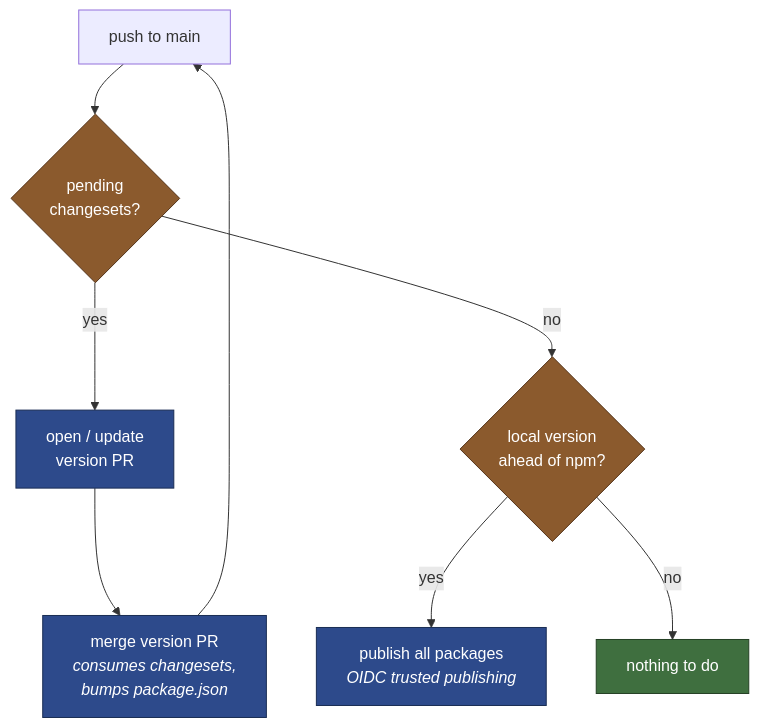
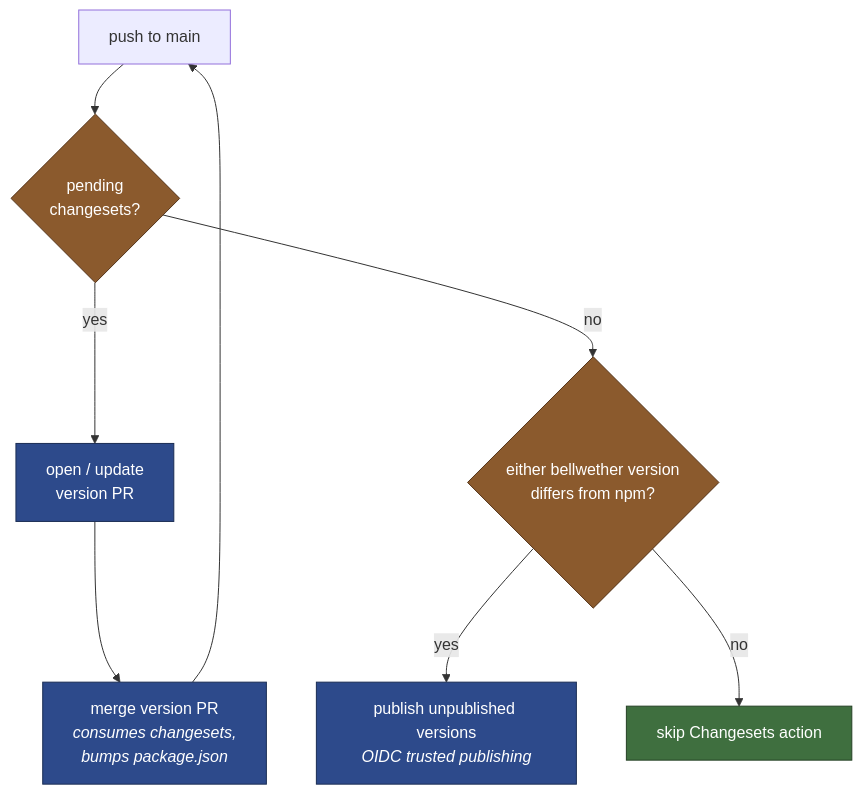
The third of 4 diagrams in docs/architecture.md (achimismaili/easy-web), drawn with Mermaid before and after one commit. The commit also changed other lines of this file and 4 other files, not shown here.

````diff
--- a/docs/architecture.md
+++ b/docs/architecture.md
@@ -131,17 +131,17 @@
 ```mermaid
 flowchart TD
   push["push to main"] --> check{"pending<br/>changesets?"}
   check -->|yes| open["open / update<br/>version PR"]
   open --> merge["merge version PR<br/><i>consumes changesets,<br/>bumps package.json</i>"]
   merge --> push
-  check -->|no| ahead{"local version<br/>ahead of npm?"}
-  ahead -->|yes| pub["publish all packages<br/><i>OIDC trusted publishing</i>"]
-  ahead -->|no| noop["nothing to do"]
+  check -->|no| differs{"either bellwether version<br/>differs from npm?"}
+  differs -->|yes| pub["publish unpublished versions<br/><i>OIDC trusted publishing</i>"]
+  differs -->|no| noop["skip Changesets action"]
 
   classDef act fill:#2d4a8b,color:#fff,stroke:#1a2d54
   classDef dec fill:#8b5a2d,color:#fff,stroke:#54341a
   classDef done fill:#3f6f3f,color:#fff,stroke:#254025
   class open,merge,pub act
-  class check,ahead dec
+  class check,differs dec
   class noop done
 ```
````
